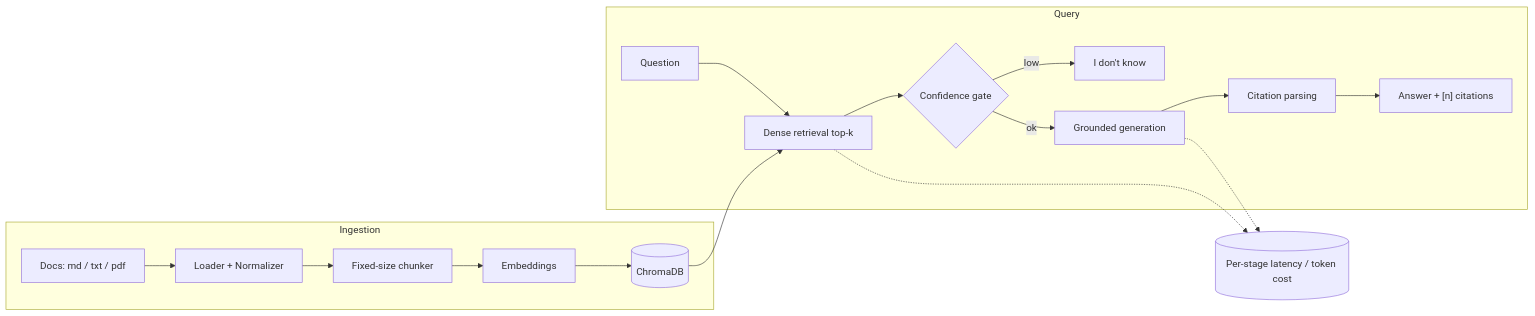
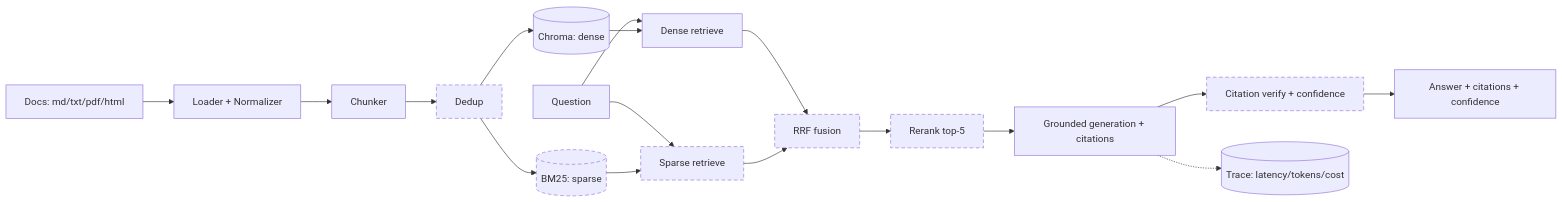
One commit to AlirezaAbedinii/rag-hybrid-search changed the diagram in README.md. Above: the diagram before and after it, drawn with Mermaid. The commit also changed other lines of this file and 1 other file, not shown here.

````diff
--- a/README.md
+++ b/README.md
@@ -40,22 +24,21 @@
 ```mermaid
 flowchart LR
-    subgraph Ingestion
-        A[Docs: md / txt / pdf] --> B[Loader + Normalizer]
-        B --> C[Fixed-size chunker]
-        C --> D[Embeddings]
-        D --> E[(ChromaDB)]
-    end
-
-    subgraph Query
-        Q[Question] --> R[Dense retrieval top-k]
-        E --> R
-        R --> G{Confidence gate}
-        G -- low --> IDK["I don't know"]
-        G -- ok --> P[Grounded generation]
-        P --> CIT[Citation parsing]
-        CIT --> ANS["Answer + [n] citations"]
-    end
-
-    R -.-> M[(Per-stage latency / token cost)]
-    P -.-> M
+    A[Docs: md/txt/pdf/html] --> B[Loader + Normalizer]
+    B --> C[Chunker]
+    C --> D[Dedup]
+    D --> E[(Chroma: dense)]
+    D --> F[(BM25: sparse)]
+    Q[Question] --> G[Dense retrieve]
+    Q --> H[Sparse retrieve]
+    E --> G
+    F --> H
+    G --> I[RRF fusion]
+    H --> I
+    I --> J[Rerank top-5]
+    J --> K[Grounded generation + citations]
+    K --> L[Citation verify + confidence]
+    L --> M[Answer + citations + confidence]
+    K -.-> N[(Trace: latency/tokens/cost)]
+    classDef v1 stroke-dasharray: 6 4
+    class D,F,H,I,J,L v1
 ```
````
